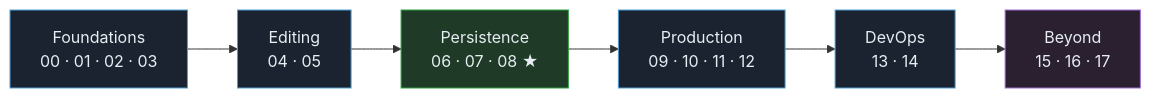
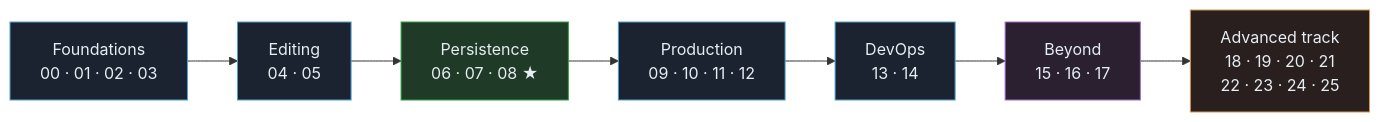
The second of 2 diagrams in README.md (ramishtaha/spring-boot-sahar), drawn with Mermaid before and after one commit. The commit also changed other lines of this file and 685 other files, not shown here.

First line of the commit message:
Add advanced track (steps 18-25): testing, errors, observability, resilience, events, JPA, security, OpenAPI/CD

````diff
--- a/README.md
+++ b/README.md
@@ -154,12 +174,14 @@
 ```mermaid
 flowchart LR
     F["Foundations<br/>00 · 01 · 02 · 03"] --> E["Editing<br/>04 · 05"]
     E --> P["Persistence<br/>06 · 07 · 08 ★"]
     P --> Pr["Production<br/>09 · 10 · 11 · 12"]
     Pr --> D["DevOps<br/>13 · 14"]
     D --> B["Beyond<br/>15 · 16 · 17"]
+    B --> A["Advanced track<br/>18 · 19 · 20 · 21<br/>22 · 23 · 24 · 25"]
     classDef core fill:#1c2330,stroke:#4ea1d3,color:#e6edf3;
     classDef goal fill:#1f3a26,stroke:#2ea043,color:#e6edf3;
     classDef beyond fill:#2a2030,stroke:#a06cd5,color:#e6edf3;
-    class F,E,Pr,D core; class P goal; class B beyond;
+    classDef adv fill:#2a1f1f,stroke:#d39a4e,color:#e6edf3;
+    class F,E,Pr,D core; class P goal; class B beyond; class A adv;
 ```
````
